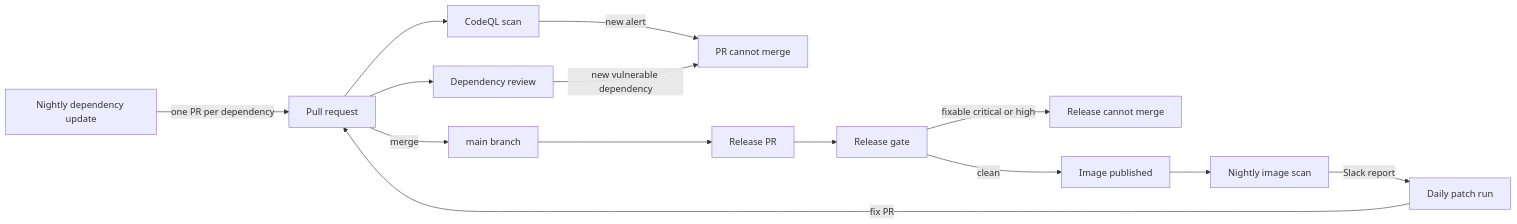
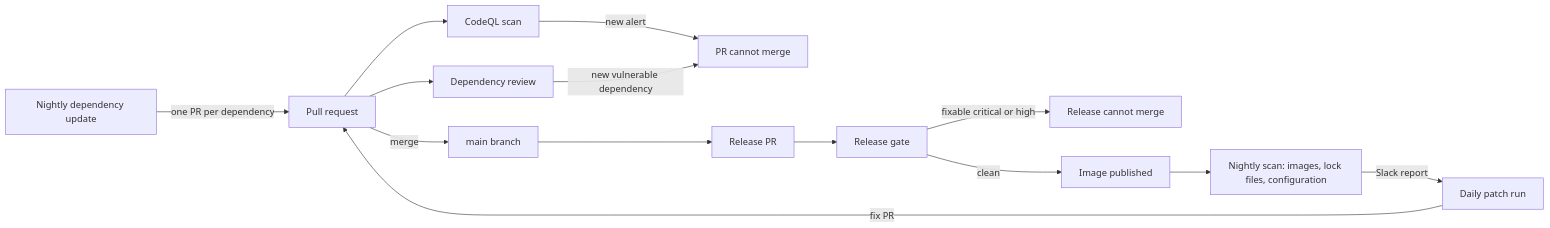
The diagram in SECURITY-PROCESS.md (Unique-AG/connectors), drawn with Mermaid before and after one commit. The commit also changed other lines of this file and 1 other file, not shown here.

Commit message:
docs(main): add the nightly timetable and the admin setup, and fix the labels

````diff
--- a/SECURITY-PROCESS.md
+++ b/SECURITY-PROCESS.md
@@ -12,16 +12,16 @@
 ```mermaid
 flowchart LR
   pr[Pull request] --> codeql[CodeQL scan]
   pr --> review[Dependency review]
   codeql -->|new alert| prStop[PR cannot merge]
   review -->|new vulnerable dependency| prStop
   nightlyUpdate[Nightly dependency update] -->|one PR per dependency| pr
   pr -->|merge| main[main branch]
   main --> releasePr[Release PR]
   releasePr --> gate[Release gate]
   gate -->|fixable critical or high| relStop[Release cannot merge]
   gate -->|clean| published[Image published]
-  published --> nightlyScan[Nightly image scan]
+  published --> nightlyScan["Nightly scan: images, lock files, configuration"]
   nightlyScan -->|Slack report| patchRun[Daily patch run]
   patchRun -->|fix PR| pr
 ```
````
